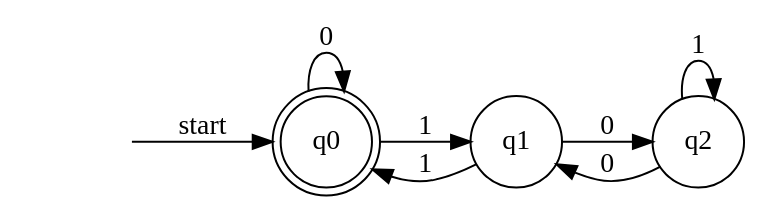
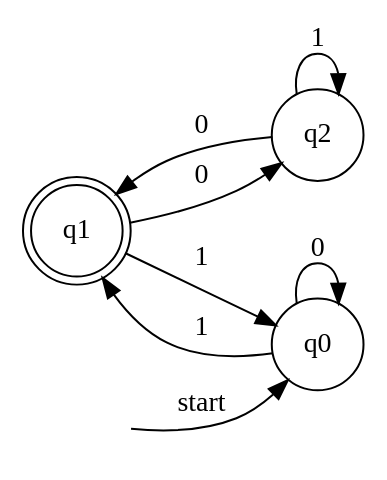
The first of 10 diagrams in src/math/formal-language/hw1.md (x06lan/mdbook), drawn with Graphviz before and after one commit. The commit also changed other lines of this file and 3 other files, not shown here.

````diff
--- a/src/math/formal-language/hw1.md
+++ b/src/math/formal-language/hw1.md
@@ -7,19 +7,20 @@
-```graphviz
+```dot process
 digraph finite_state_machine {
     rankdir=LR;
     size="8,5"
 
-    node [shape = doublecircle]; q0
+    node [shape = doublecircle]; q1
     node [shape=plaintext] s;
     s [label=""];
 
     node [shape = circle];
+
     s  -> q0 [ label = "start" ];
     q0 -> q0 [ label = "0" ];
     q0 -> q1 [ label = "1" ];
     q1 -> q2 [ label = "0" ];
     q2 -> q2 [ label = "1" ];
     q2 -> q1 [ label = "0" ];
     q1 -> q0 [ label = "1" ];
 }
 ```
````
